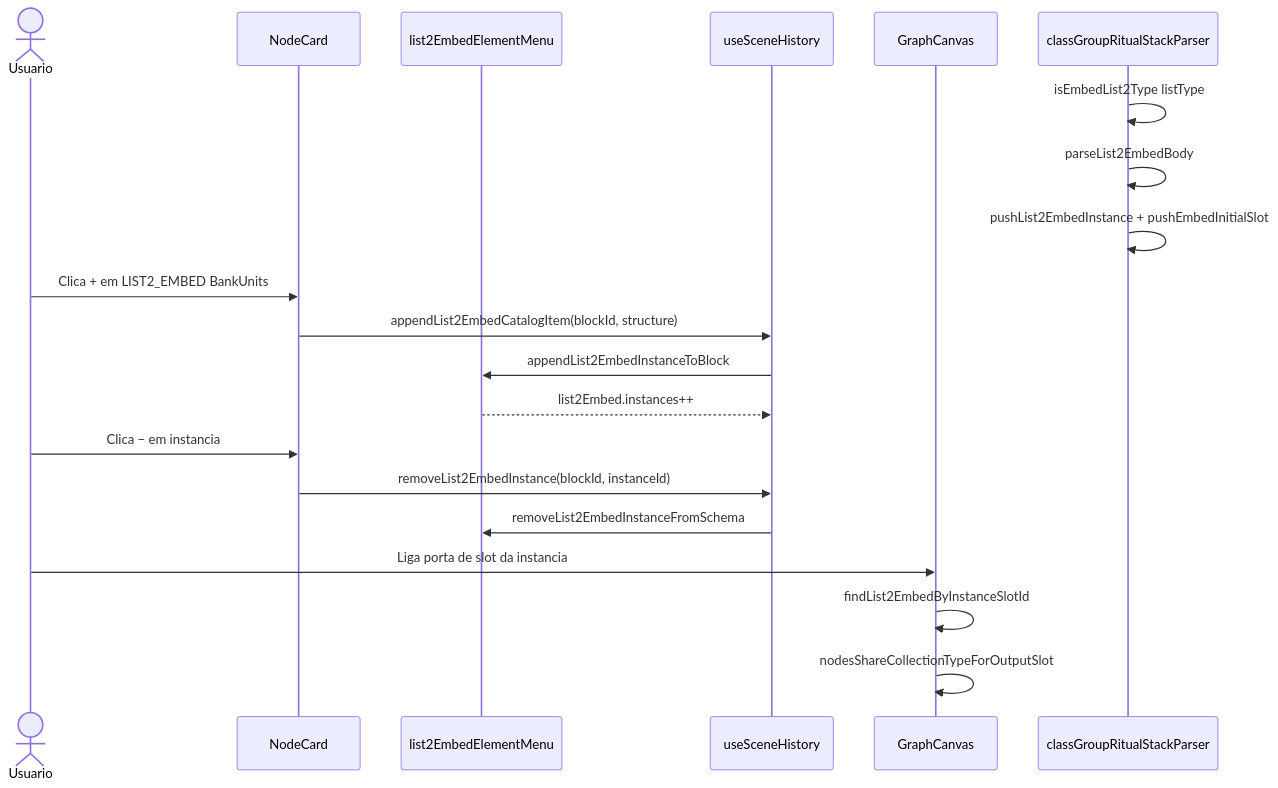
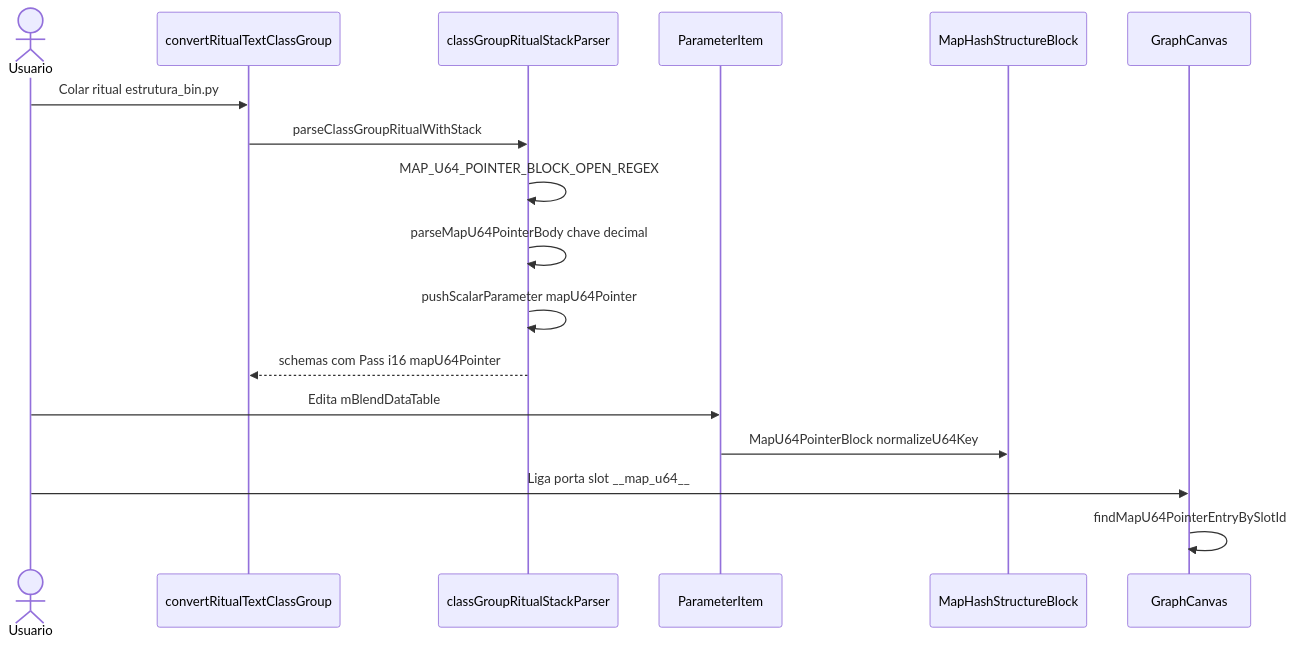
The second of 2 diagrams in feature_md/feature/README.md (JunioCesar96/Node-Graphs-League-of-Legends), drawn with Mermaid before and after one commit. The commit also changed other lines of this file and 1 other file, not shown here.

Commit message:
docs: README e hash do commit map hash/u64 primitives (9bafd66)

````diff
--- a/feature_md/feature/README.md
+++ b/feature_md/feature/README.md
@@ -53,26 +51,21 @@
 ```mermaid
 sequenceDiagram
   actor U as Usuario
-  participant NC as NodeCard
-  participant L2M as list2EmbedElementMenu
-  participant USH as useSceneHistory
+  participant CV as convertRitualTextClassGroup
+  participant P as classGroupRitualStackParser
+  participant PI as ParameterItem
+  participant MB as MapHashStructureBlock
   participant GC as GraphCanvas
-  participant P as classGroupRitualStackParser
 
-  P->>P: isEmbedList2Type listType
-  P->>P: parseList2EmbedBody
-  P->>P: pushList2EmbedInstance + pushEmbedInitialSlot
+  U->>CV: Colar ritual estrutura_bin.py
+  CV->>P: parseClassGroupRitualWithStack
+  P->>P: MAP_U64_POINTER_BLOCK_OPEN_REGEX
+  P->>P: parseMapU64PointerBody chave decimal
+  P->>P: pushScalarParameter mapU64Pointer
+  P-->>CV: schemas com Pass i16 mapU64Pointer
 
-  U->>NC: Clica + em LIST2_EMBED BankUnits
-  NC->>USH: appendList2EmbedCatalogItem(blockId, structure)
-  USH->>L2M: appendList2EmbedInstanceToBlock
-  L2M-->>USH: list2Embed.instances++
-
-  U->>NC: Clica − em instancia
-  NC->>USH: removeList2EmbedInstance(blockId, instanceId)
-  USH->>L2M: removeList2EmbedInstanceFromSchema
-
-  U->>GC: Liga porta de slot da instancia
-  GC->>GC: findList2EmbedByInstanceSlotId
-  GC->>GC: nodesShareCollectionTypeForOutputSlot
+  U->>PI: Edita mBlendDataTable
+  PI->>MB: MapU64PointerBlock normalizeU64Key
+  U->>GC: Liga porta slot __map_u64__
+  GC->>GC: findMapU64PointerEntryBySlotId
 ```
````
